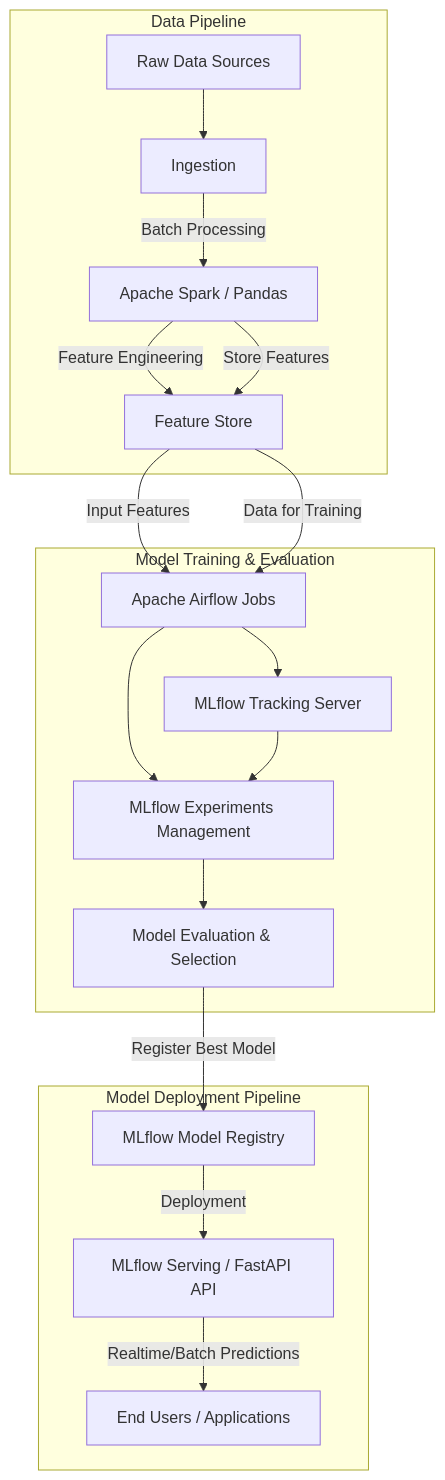
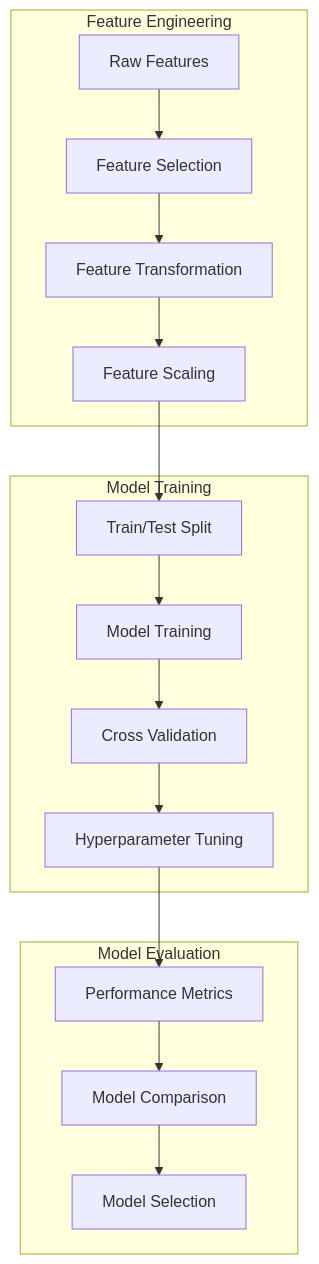
The third of 8 diagrams in README.md (kihiu-ho/ReservationCancellationForecasting), drawn with Mermaid before and after one commit. The commit also changed other lines of this file, not shown here.

````diff
--- a/README.md
+++ b/README.md
@@ -94,26 +158,21 @@
 ```mermaid
 graph TD
-	subgraph Data Pipeline
-		A[Raw Data Sources] -->B[Ingestion] 
-		B -->|Batch Processing| C[Apache Spark / Pandas]
-		C -->|Feature Engineering| D[Feature Store]
-	end
+    subgraph Feature Engineering
+        A[Raw Features] --> B[Feature Selection]
+        B --> C[Feature Transformation]
+        C --> D[Feature Scaling]
+    end
 
-subgraph Model Training & Evaluation
-D[Feature Store] -->|Input Features| E[Apache Airflow Jobs]
-E --> F[MLflow Tracking Server]
-E --> G[MLflow Experiments Management]
-F --> G
-G --> H[Model Evaluation & Selection]
-end
+    subgraph Model Training
+        D --> E[Train/Test Split]
+        E --> F[Model Training]
+        F --> G[Cross Validation]
+        G --> H[Hyperparameter Tuning]
+    end
 
-subgraph Model Deployment Pipeline
-H -->|Register Best Model| I[MLflow Model Registry]
-I -->|Deployment| J[MLflow Serving / FastAPI API]
-J -->|Realtime/Batch Predictions| K[End Users / Applications]
-end
-
-%% Cross-subgraph Connections
-C -->|Store Features| D[Feature Store e.g., MinIO/Feast]
-D[Feature Store] -->|Data for Training| E
+    subgraph Model Evaluation
+        H --> I[Performance Metrics]
+        I --> J[Model Comparison]
+        J --> K[Model Selection]
+    end
 ```
````
